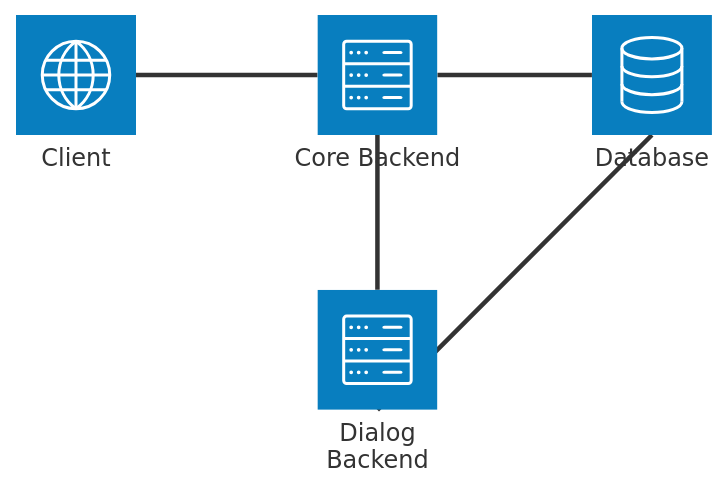
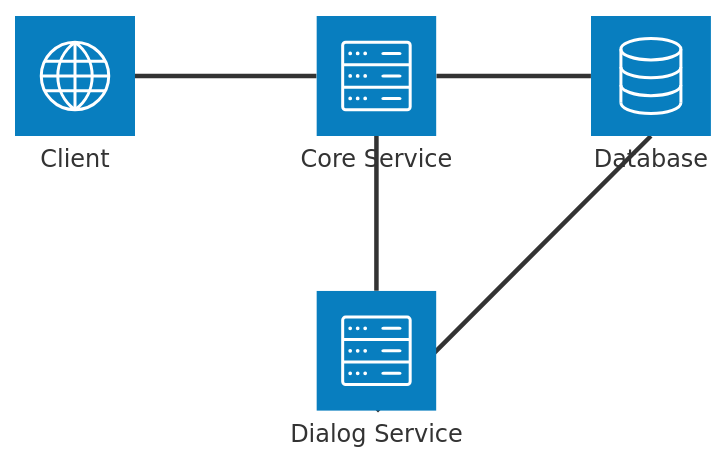
One commit to Darkzarich/microservice-course-assigment-1 changed the second of 2 diagrams in README.md. Above: the diagram before and after it, drawn with Mermaid. The commit also changed other lines of this file and 11 other files, not shown here.

Commit message:
stage-2 release dialog service in go (golang)

````diff
--- a/README.md
+++ b/README.md
@@ -51,12 +51,12 @@
 ```mermaid
 architecture-beta
     service client(internet)[Client]
-    service core(server)[Core Backend]
-    service dialog(server)[Dialog Backend]
+    service core(server)[Core Service]
+    service dialog(server)[Dialog Service]
     service db(database)[Database]
 
     client:R -- L:core
     core:R -- L:db
     core:B -- T:dialog
     dialog:B --  B:db
 ```
````
